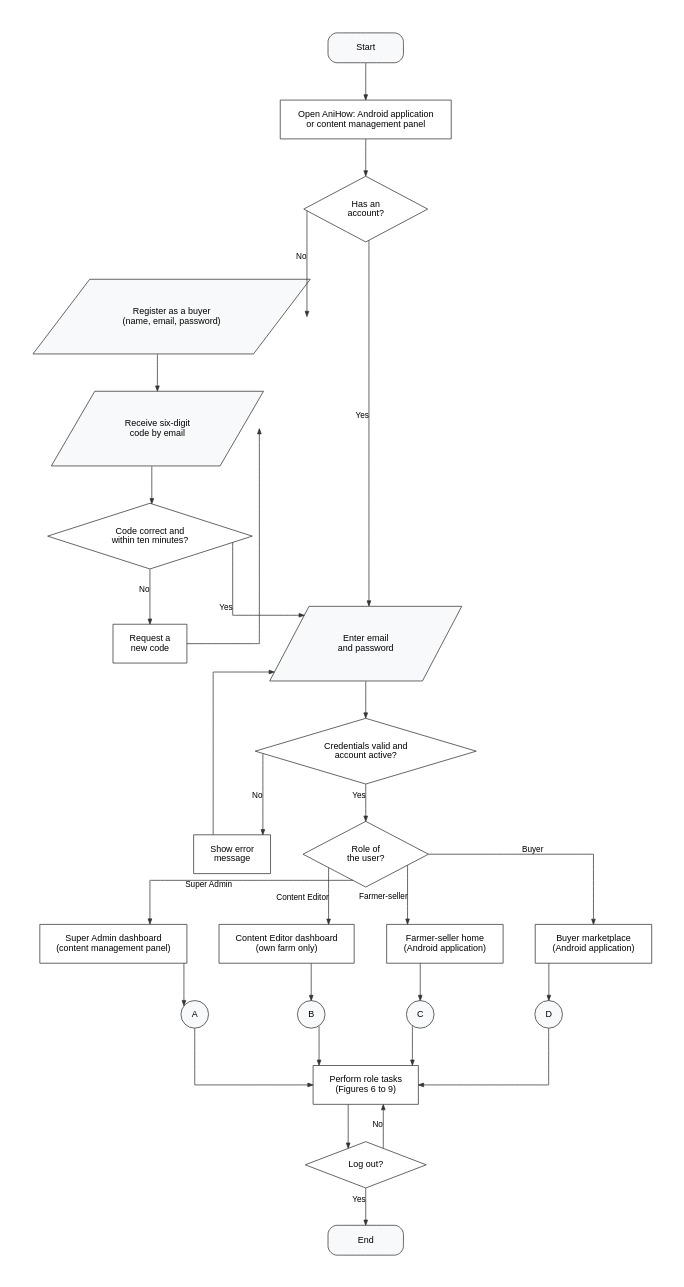
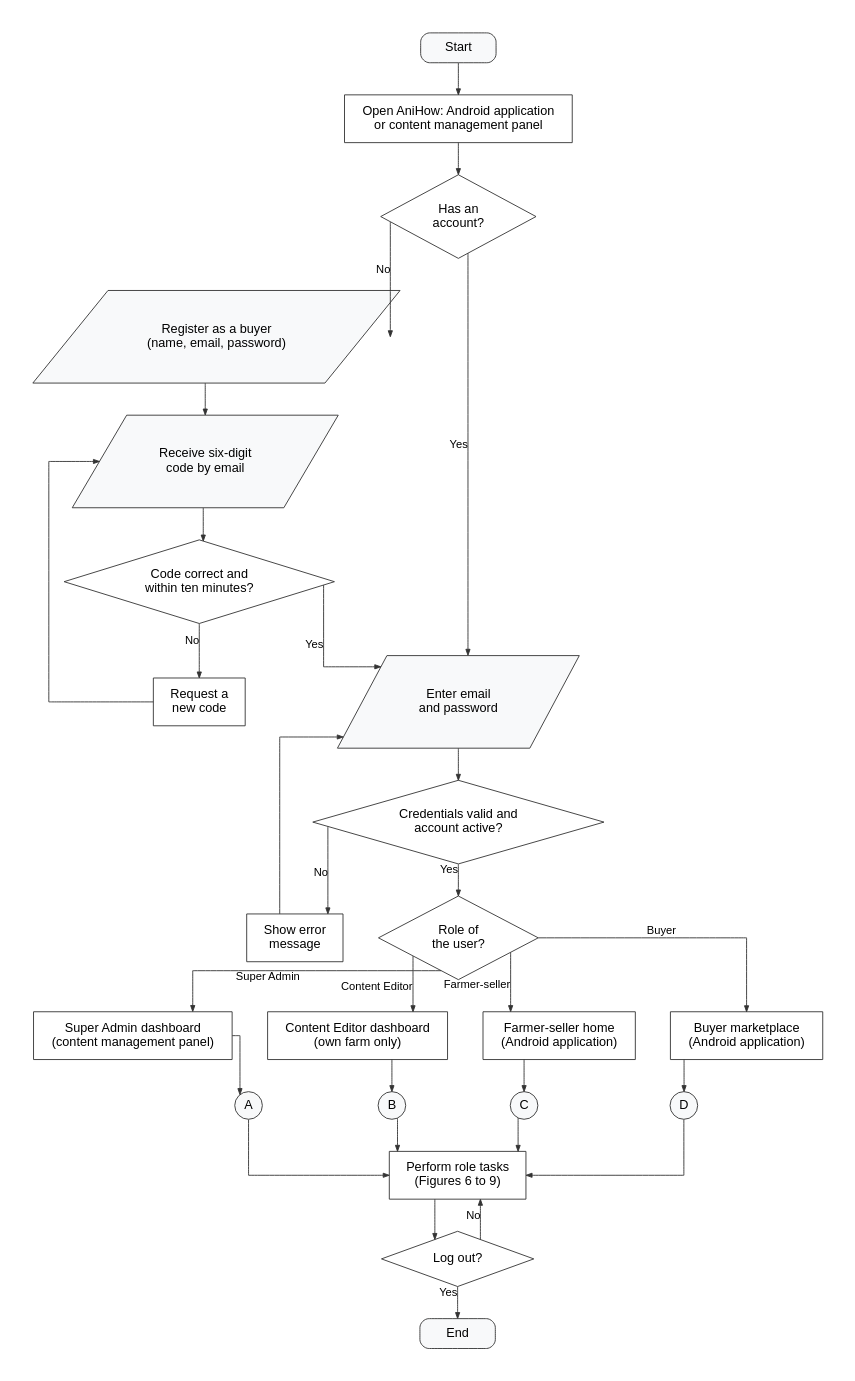
The diagram in docs/manuscript/figures/src/fig5a_flow_overall.dot (shawncastaneda11-commits/anihow-backend), drawn with Graphviz before and after one commit. The commit also changed 3 other files, not shown here.

First line of the commit message:
docs(manuscript): enlarge type in the system flowchart for legibility

```diff
--- a/docs/manuscript/figures/src/fig5a_flow_overall.dot
+++ b/docs/manuscript/figures/src/fig5a_flow_overall.dot
@@ -1,66 +1,66 @@
 digraph G {
-  graph [rankdir=TB, splines=ortho, nodesep=0.6, ranksep=0.7, pad=0.5, fontname="Liberation Sans", newrank=true, bgcolor="white"];
-  node  [fontname="Liberation Sans", fontsize=12, penwidth=1, color="#333333", style=filled, fillcolor="#FFFFFF"];
-  edge  [penwidth=1, arrowsize=0.7, color="#333333", fontname="Liberation Sans", fontsize=11];
+  graph [rankdir=TB, splines=ortho, nodesep=0.65, ranksep=0.6, pad=0.5, fontname="Liberation Sans", newrank=true, bgcolor="white"];
+  node  [fontname="Liberation Sans", fontsize=17, penwidth=1.2, color="#333333", style=filled, fillcolor="#FFFFFF"];
+  edge  [penwidth=1.2, arrowsize=0.8, color="#333333", fontname="Liberation Sans", fontsize=15];
   s [shape=box, style="rounded,filled", fillcolor="#F8F9FA", width=1.4, height=0.55, label="Start"];
   open [shape=box, margin="0.30,0.18", label="Open AniHow: Android application\nor content management panel"];
   acct [shape=diamond, margin="0.24,0.12", label="Has an\naccount?"];
   reg [shape=parallelogram, fillcolor="#F8F9FA", margin="0.34,0.16", label="Register as a buyer\n(name, email, password)"];
   code [shape=parallelogram, fillcolor="#F8F9FA", margin="0.34,0.16", label="Receive six-digit\ncode by email"];
   valid [shape=diamond, margin="0.24,0.12", label="Code correct and\nwithin ten minutes?"];
   resend [shape=box, margin="0.30,0.18", label="Request a\nnew code"];
   login [shape=parallelogram, fillcolor="#F8F9FA", margin="0.34,0.16", label="Enter email\nand password"];
   ok [shape=diamond, margin="0.24,0.12", label="Credentials valid and\naccount active?"];
   err [shape=box, margin="0.30,0.18", label="Show error\nmessage"];
   role [shape=diamond, margin="0.24,0.12", label="Role of\nthe user?"];
   sa [shape=box, margin="0.30,0.18", label="Super Admin dashboard\n(content management panel)"];
   ce [shape=box, margin="0.30,0.18", label="Content Editor dashboard\n(own farm only)"];
   fs [shape=box, margin="0.30,0.18", label="Farmer-seller home\n(Android application)"];
   by [shape=box, margin="0.30,0.18", label="Buyer marketplace\n(Android application)"];
   A [shape=circle, width=0.52, fixedsize=true, fillcolor="#F8F9FA", label="A"];
   B [shape=circle, width=0.52, fixedsize=true, fillcolor="#F8F9FA", label="B"];
   C [shape=circle, width=0.52, fixedsize=true, fillcolor="#F8F9FA", label="C"];
   D [shape=circle, width=0.52, fixedsize=true, fillcolor="#F8F9FA", label="D"];
   tasks [shape=box, margin="0.30,0.18", label="Perform role tasks\n(Figures 6 to 9)"];
   out [shape=diamond, margin="0.24,0.12", label="Log out?"];
   end [shape=box, style="rounded,filled", fillcolor="#F8F9FA", width=1.4, height=0.55, label="End"];
   s -> open;
   open -> acct;
   acct -> reg [xlabel="No"];
   reg -> code;
   code -> valid;
   valid -> resend [xlabel="No"];
   resend -> code [constraint=false];
   valid -> login [xlabel="Yes"];
   acct -> login [xlabel="Yes"];
   login -> ok;
   ok -> err [xlabel="No"];
   err -> login [constraint=false];
   ok -> role [xlabel="Yes"];
   role -> sa [xlabel="Super Admin"];
   role -> ce [xlabel="Content Editor"];
   role -> fs [xlabel="Farmer-seller"];
   role -> by [xlabel="Buyer"];
   sa -> A;
   ce -> B;
   fs -> C;
   by -> D;
   A -> tasks;
   B -> tasks;
   C -> tasks;
   D -> tasks;
   tasks -> out;
   out -> tasks [xlabel="No", constraint=false];
   out -> end [xlabel="Yes"];
   {rank=same; sa; ce; fs; by}
   {rank=same; A; B; C; D}
   s [group=spine];
   open [group=spine];
   acct [group=spine];
   login [group=spine];
   ok [group=spine];
   role [group=spine];
   tasks [group=spine];
   out [group=spine];
   end [group=spine];
 }
```
